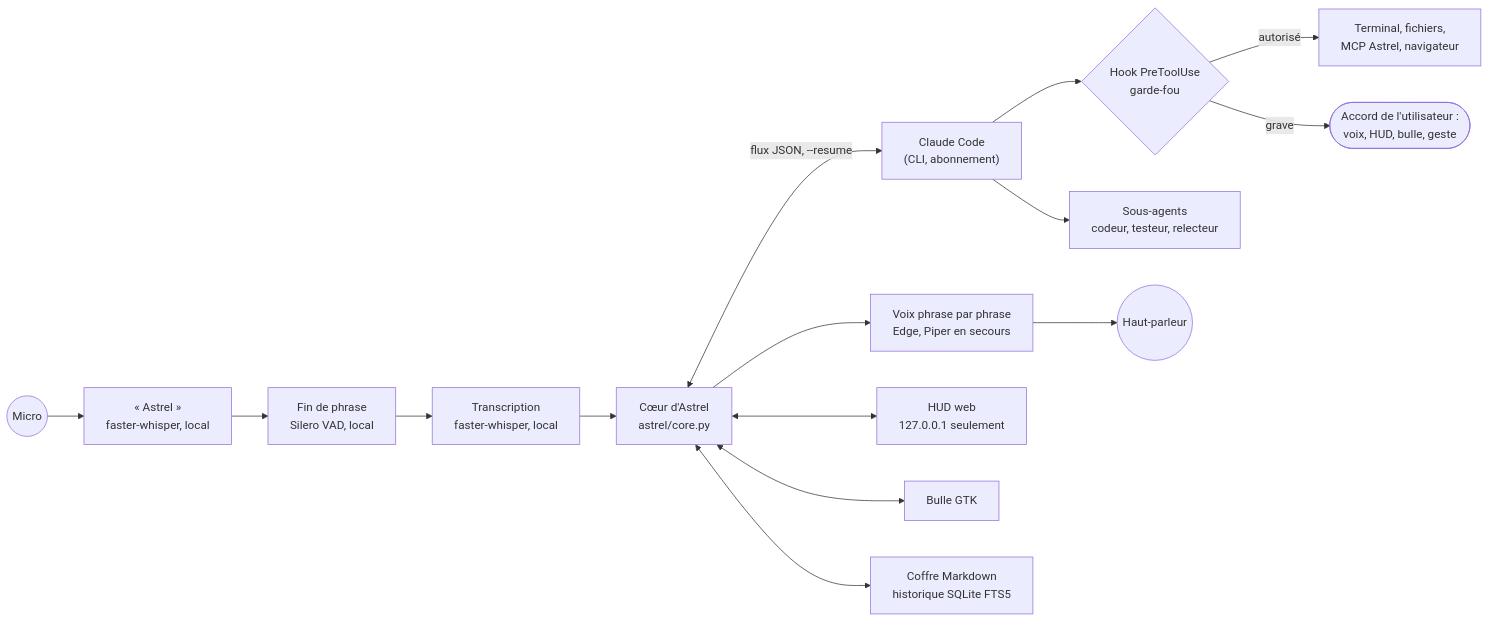
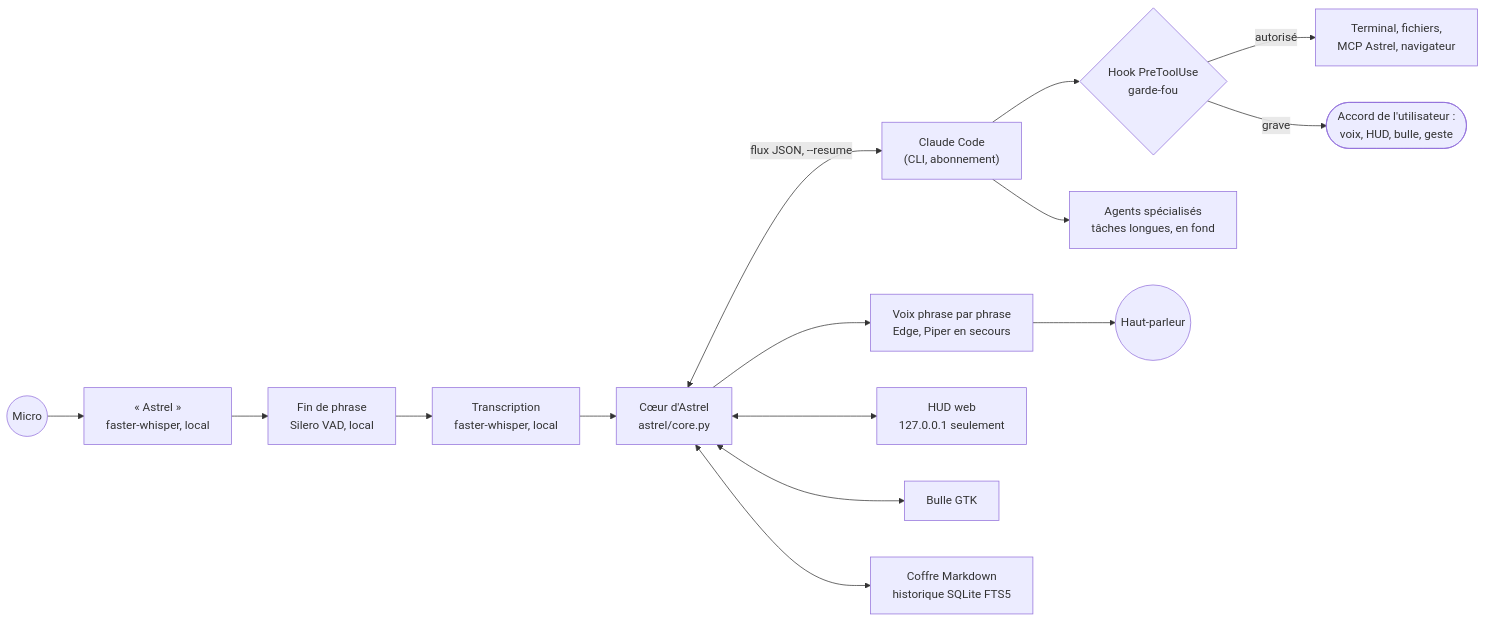
Before and after one commit to Zaudrax/Astrel: the diagram in README.md, drawn with Mermaid. The commit also changed other lines of this file and 9 other files, not shown here.

````diff
--- a/README.md
+++ b/README.md
@@ -85,16 +85,16 @@
 ```mermaid
 flowchart LR
     Micro((Micro)) --> Reveil["« Astrel »<br/>faster-whisper, local"]
     Reveil --> Fin["Fin de phrase<br/>Silero VAD, local"]
     Fin --> STT["Transcription<br/>faster-whisper, local"]
     STT --> Coeur["Cœur d'Astrel<br/>astrel/core.py"]
     Coeur <-->|"flux JSON, --resume"| Claude["Claude Code<br/>(CLI, abonnement)"]
     Claude --> Hook{"Hook PreToolUse<br/>garde-fou"}
     Hook -->|autorisé| Outils["Terminal, fichiers,<br/>MCP Astrel, navigateur"]
     Hook -->|grave| Accord(["Accord de l'utilisateur :<br/>voix, HUD, bulle, geste"])
-    Claude --> Agents["Sous-agents<br/>codeur, testeur, relecteur"]
+    Claude --> Agents["Agents spécialisés<br/>tâches longues, en fond"]
     Coeur --> Voix["Voix phrase par phrase<br/>Edge, Piper en secours"] --> HP((Haut-parleur))
     Coeur <--> HUD["HUD web<br/>127.0.0.1 seulement"]
     Coeur <--> Bulle["Bulle GTK"]
     Coeur <--> Memoire["Coffre Markdown<br/>historique SQLite FTS5"]
 ```
````
